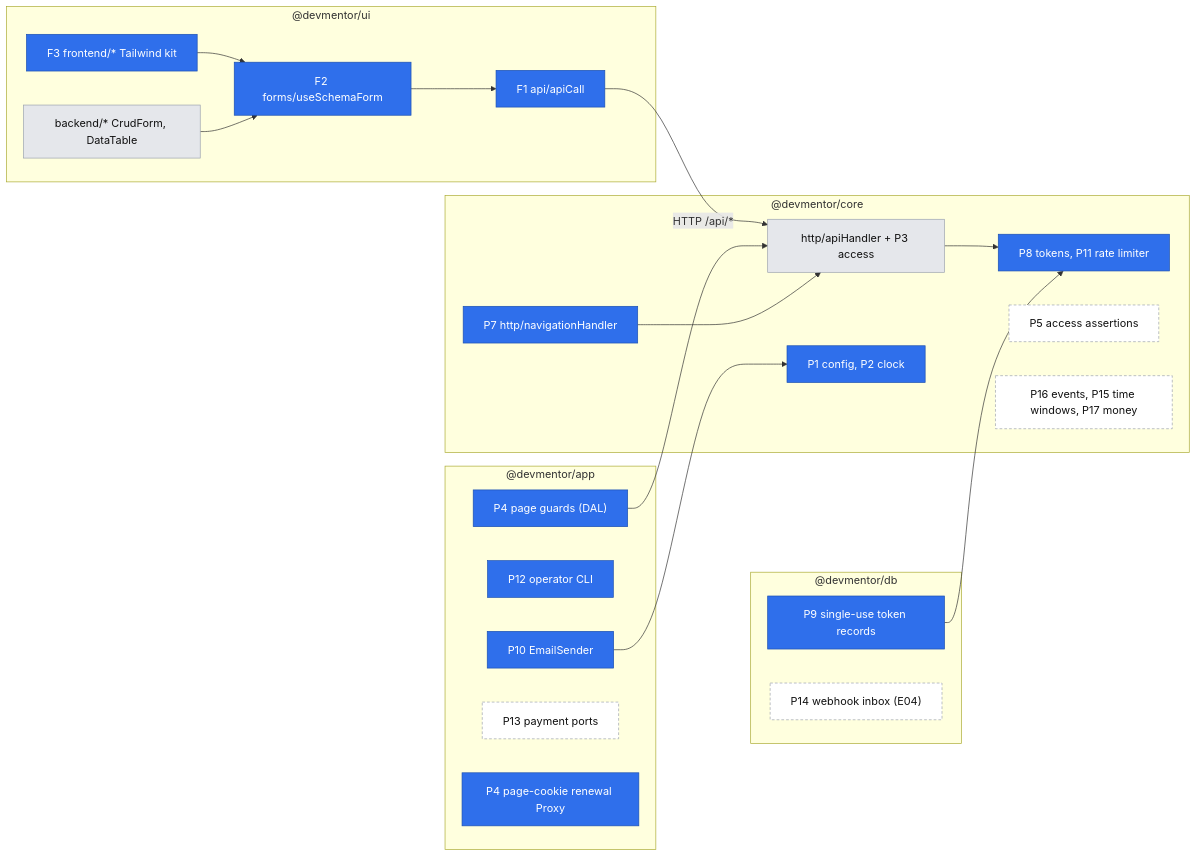
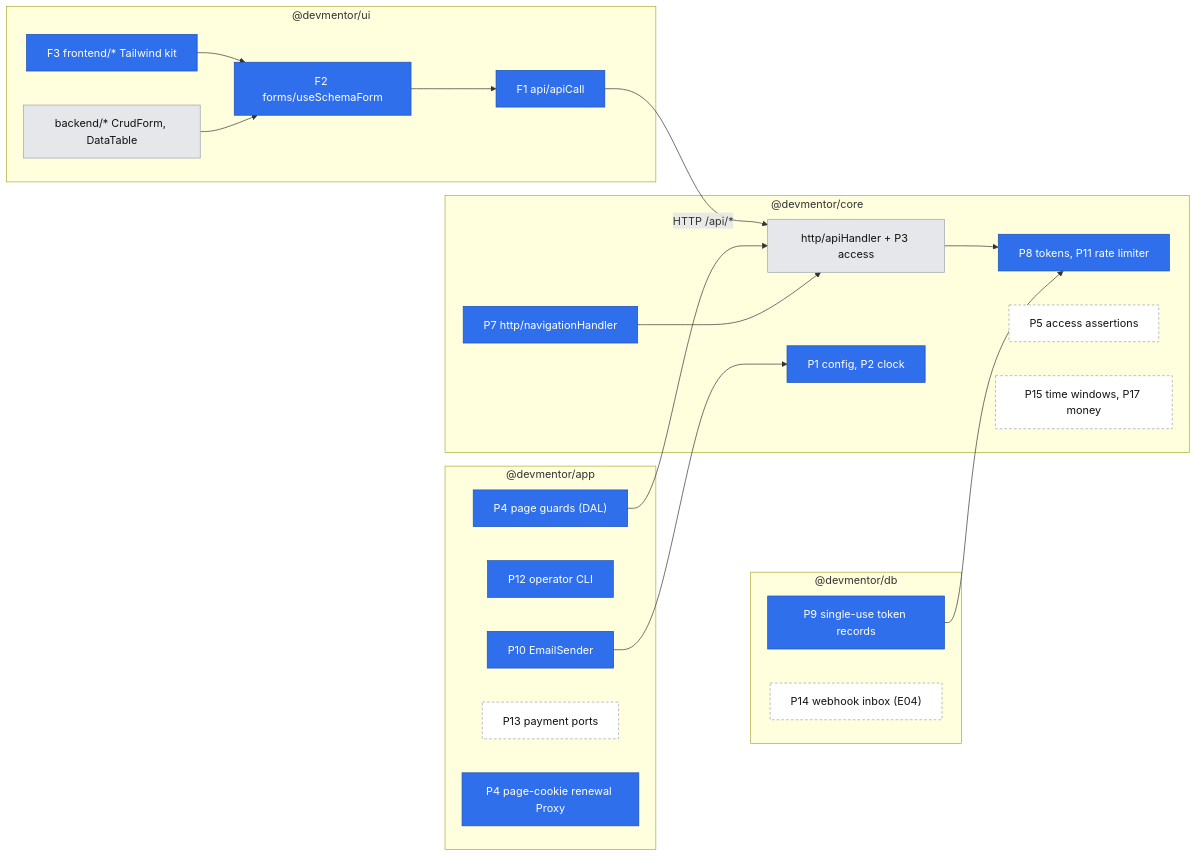
The diagram in .ai/specs/2026-10-17-platform-primitives.md (rafsaw/ai_techleaders), drawn with Mermaid before and after one commit. The commit also changed other lines of this file and 9 other files, not shown here.

````diff
--- a/.ai/specs/2026-10-17-platform-primitives.md
+++ b/.ai/specs/2026-10-17-platform-primitives.md
@@ -137,41 +137,41 @@
 ```mermaid
 flowchart LR
     classDef existing fill:#e5e7eb,color:#111,stroke:#9ca3af
     classDef e01 fill:#2f6feb,color:#fff,stroke:#1b4fb0
     classDef planned fill:#fff,color:#111,stroke:#9ca3af,stroke-dasharray: 4 3
 
     subgraph ui["@devmentor/ui"]
       api["F1 api/apiCall"]:::e01
       formcore["F2 forms/useSchemaForm"]:::e01
       fk["F3 frontend/* Tailwind kit"]:::e01
       bk["backend/* CrudForm, DataTable"]:::existing
     end
     subgraph core["@devmentor/core"]
       h["http/apiHandler + P3 access"]:::existing
       nav["P7 http/navigationHandler"]:::e01
       sec["P8 tokens, P11 rate limiter"]:::e01
       assertions["P5 access assertions"]:::planned
       cfg["P1 config, P2 clock"]:::e01
-      ev["P16 events, P15 time windows, P17 money"]:::planned
+      ev["P15 time windows, P17 money"]:::planned
     end
     subgraph db["@devmentor/db"]
       sut["P9 single-use token records"]:::e01
       inbox["P14 webhook inbox (E04)"]:::planned
     end
     subgraph app["@devmentor/app"]
       guards["P4 page guards (DAL)"]:::e01
       cli["P12 operator CLI"]:::e01
       ports["P10 EmailSender"]:::e01
       paymentports["P13 payment ports"]:::planned
       cookieproxy["P4 page-cookie renewal Proxy"]:::e01
     end
     fk --> formcore
     bk --> formcore
     formcore --> api
     api -->|"HTTP /api/*"| h
     guards --> h
     nav --> h
     h --> sec
     ports --> cfg
     sut --> sec
 ```
````
